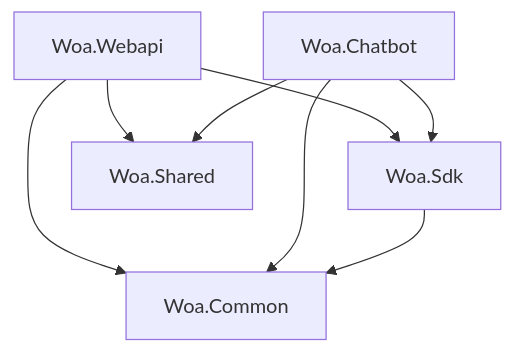
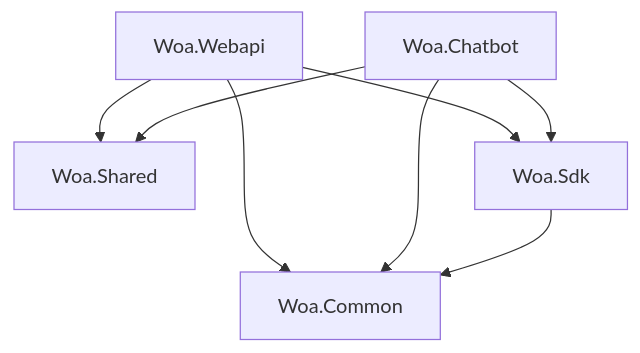
Before and after one commit to Codespilot/Woa: the diagram in README.md, drawn with Mermaid.

````diff
--- a/README.md
+++ b/README.md
@@ -5,10 +5,10 @@
 ```mermaid
 graph TD
-	Woa.Webapi --> Woa.Sdk
-	Woa.Chatbot --> Woa.Sdk
-	Woa.Webapi --> Woa.Shared
+    Woa.Webapi --> Woa.Shared
 	Woa.Chatbot --> Woa.Shared
 	Woa.Webapi --> Woa.Common
 	Woa.Chatbot --> Woa.Common
+	Woa.Webapi --> Woa.Sdk
+	Woa.Chatbot --> Woa.Sdk
 	Woa.Sdk --> Woa.Common
 ```
````
